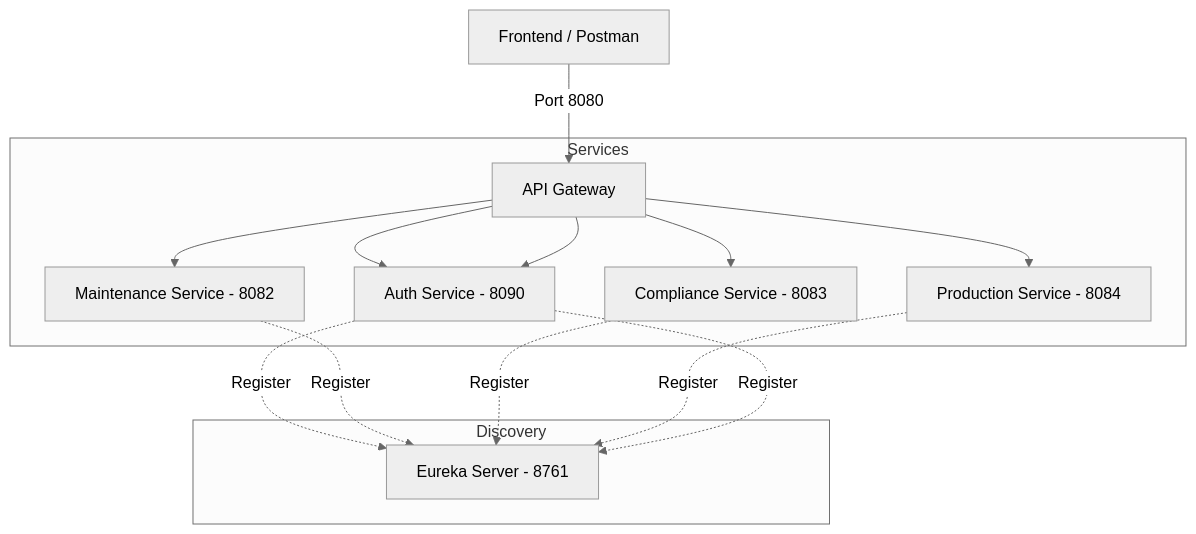
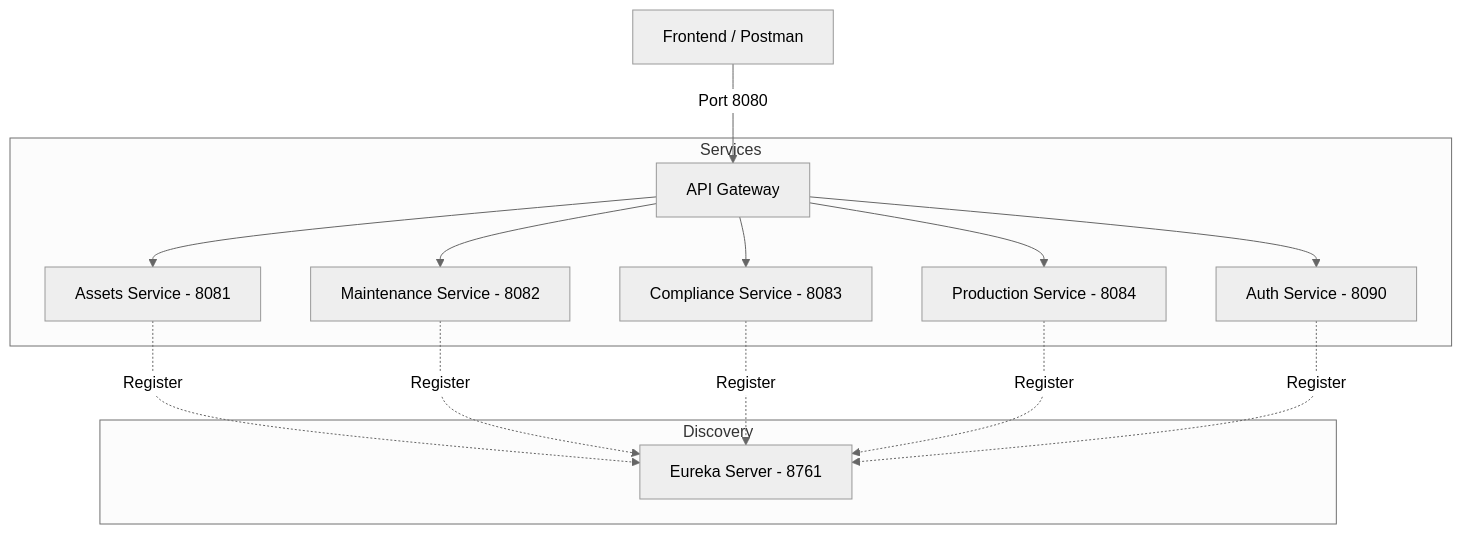
One commit to ManoharSingh1301/microservices changed the diagram in README.md. Above: the diagram before and after it, drawn with Mermaid (neutral theme).

Commit message:
README.md updated

````diff
--- a/README.md
+++ b/README.md
@@ -29,22 +29,22 @@
 ```mermaid
 graph TD
     Client[Frontend / Postman] -->|Port 8080| GW[API Gateway]
     
     subgraph Discovery
         E[Eureka Server - 8761]
     end
     
     subgraph Services
         GW --> AS[Assets Service - 8081]
         GW --> MS[Maintenance Service - 8082]
         GW --> CS[Compliance Service - 8083]
         GW --> PS[Production Service - 8084]
-        GW --> AS[Auth Service - 8090]
+        GW --> KS[Auth Service - 8090]
     end
 
     AS -.->|Register| E
     MS -.->|Register| E
     CS -.->|Register| E
     PS -.->|Register| E
-    AS -.->|Register| E
+    KS -.->|Register| E
 ```
````
